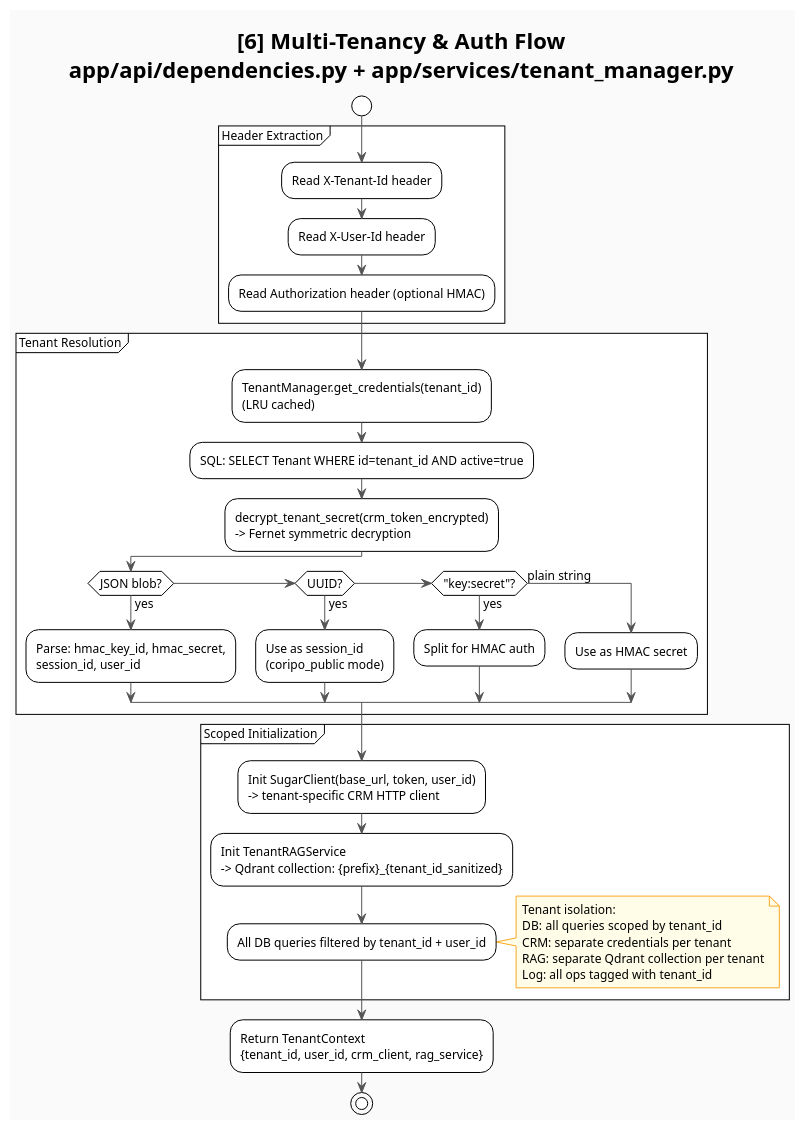
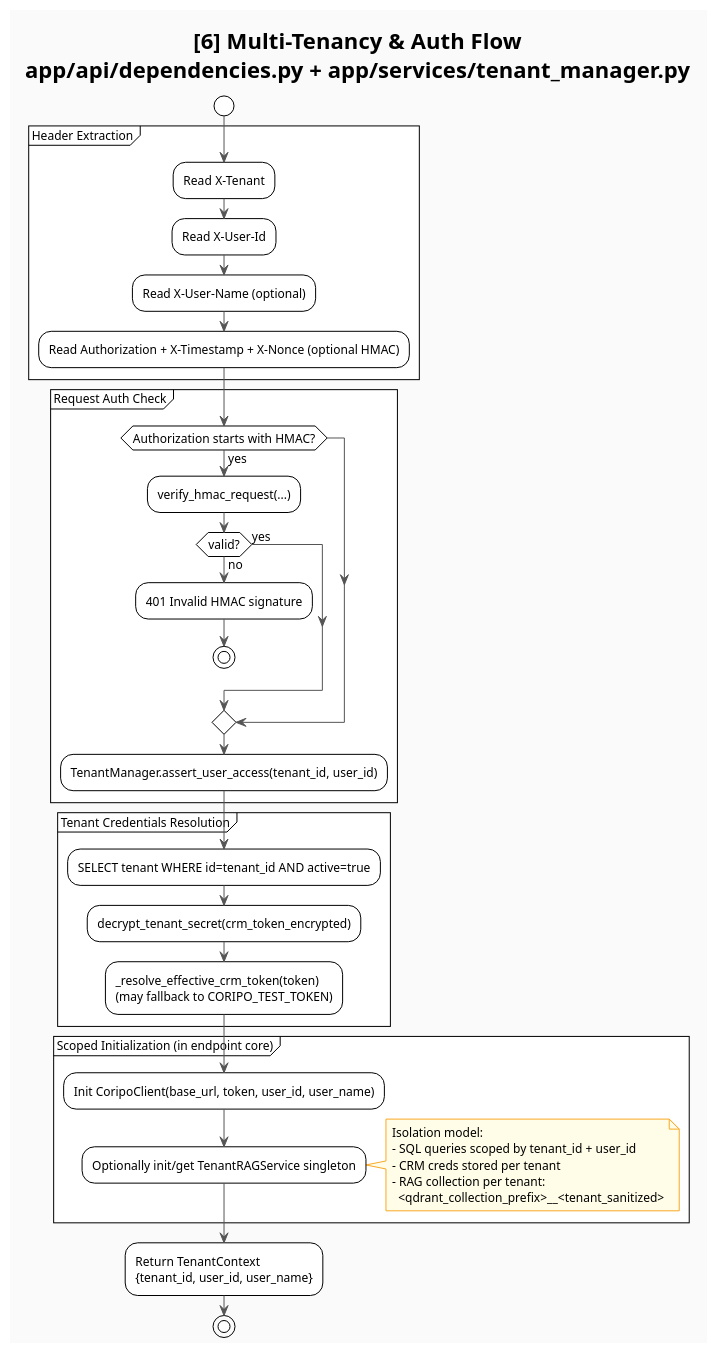
One commit to kovarjan/talk2crm changed the sixth of 8 diagrams in docs/workflows.puml. Above: the diagram before and after it, drawn with PlantUML. The commit also changed other lines of this file and 49 other files, not shown here.

```diff
--- a/docs/workflows.puml
+++ b/docs/workflows.puml
@@ -338,51 +315,53 @@
 @startuml diagram_6_multitenancy
 !theme plain
 skinparam defaultFontSize 12
 skinparam ArrowColor #555
 skinparam BackgroundColor #FAFAFA
 skinparam NoteBackgroundColor #FFFDE7
 skinparam NoteBorderColor #F9A825
 
 title [6] Multi-Tenancy & Auth Flow\napp/api/dependencies.py + app/services/tenant_manager.py
 
 start
 
 partition "Header Extraction" {
-  :Read X-Tenant-Id header;
-  :Read X-User-Id header;
-  :Read Authorization header (optional HMAC);
+  :Read X-Tenant;
+  :Read X-User-Id;
+  :Read X-User-Name (optional);
+  :Read Authorization + X-Timestamp + X-Nonce (optional HMAC);
 }
 
-partition "Tenant Resolution" {
-  :TenantManager.get_credentials(tenant_id)\n(LRU cached);
-  :SQL: SELECT Tenant WHERE id=tenant_id AND active=true;
-  :decrypt_tenant_secret(crm_token_encrypted)\n-> Fernet symmetric decryption;
-
-  if (JSON blob?) then (yes)
-    :Parse: hmac_key_id, hmac_secret,\nsession_id, user_id;
-  elseif (UUID?) then (yes)
-    :Use as session_id\n(coripo_public mode);
-  elseif ("key:secret"?) then (yes)
-    :Split for HMAC auth;
-  else (plain string)
-    :Use as HMAC secret;
+partition "Request Auth Check" {
+  if (Authorization starts with HMAC?) then (yes)
+    :verify_hmac_request(...);
+    if (valid?) then (yes)
+    else (no)
+      :401 Invalid HMAC signature;
+      stop
+    endif
   endif
+  :TenantManager.assert_user_access(tenant_id, user_id);
 }
 
-partition "Scoped Initialization" {
-  :Init SugarClient(base_url, token, user_id)\n-> tenant-specific CRM HTTP client;
-  :Init TenantRAGService\n-> Qdrant collection: {prefix}_{tenant_id_sanitized};
-  :All DB queries filtered by tenant_id + user_id;
+partition "Tenant Credentials Resolution" {
+  :SELECT tenant WHERE id=tenant_id AND active=true;
+  :decrypt_tenant_secret(crm_token_encrypted);
+  :_resolve_effective_crm_token(token)\n(may fallback to CORIPO_TEST_TOKEN);
+}
+
+partition "Scoped Initialization (in endpoint core)" {
+  :Init CoripoClient(base_url, token, user_id, user_name);
+  :Optionally init/get TenantRAGService singleton;
   note right
-    Tenant isolation:
-    DB:  all queries scoped by tenant_id
-    CRM: separate credentials per tenant
-    RAG: separate Qdrant collection per tenant
-    Log: all ops tagged with tenant_id
+    Isolation model:
+    - SQL queries scoped by tenant_id + user_id
+    - CRM creds stored per tenant
+    - RAG collection per tenant:
+      <qdrant_collection_prefix>__<tenant_sanitized>
   end note
 }
 
-:Return TenantContext\n{tenant_id, user_id, crm_client, rag_service};
+:Return TenantContext\n{tenant_id, user_id, user_name};
 
 stop
 @enduml
```
